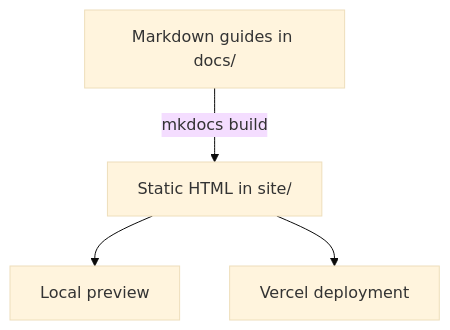
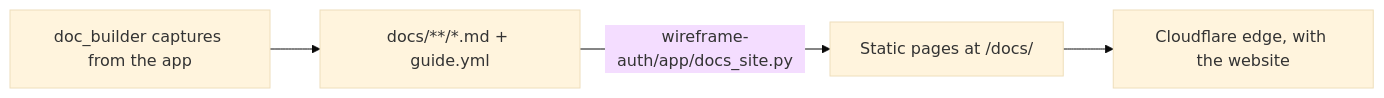
The diagram in README.md (CaSauCoin/wireframe-docs), drawn with Mermaid (base theme) before and after one commit. The commit also changed other lines of this file and 242 other files, not shown here.

First line of the commit message:
Guide: drawn by the website, and every feature documented

````diff
--- a/README.md
+++ b/README.md
@@ -5,6 +7,6 @@
 ```mermaid
-flowchart TD
-    A[Markdown guides in docs/] -->|mkdocs build| B[Static HTML in site/]
-    B --> C[Local preview]
-    B --> D[Vercel deployment]
+flowchart LR
+    A[docs/**/*.md + guide.yml] -->|wireframe-auth/app/docs_site.py| B[Static pages at /docs/]
+    C[doc_builder captures from the app] --> A
+    B --> D[Cloudflare edge, with the website]
 ```
````
